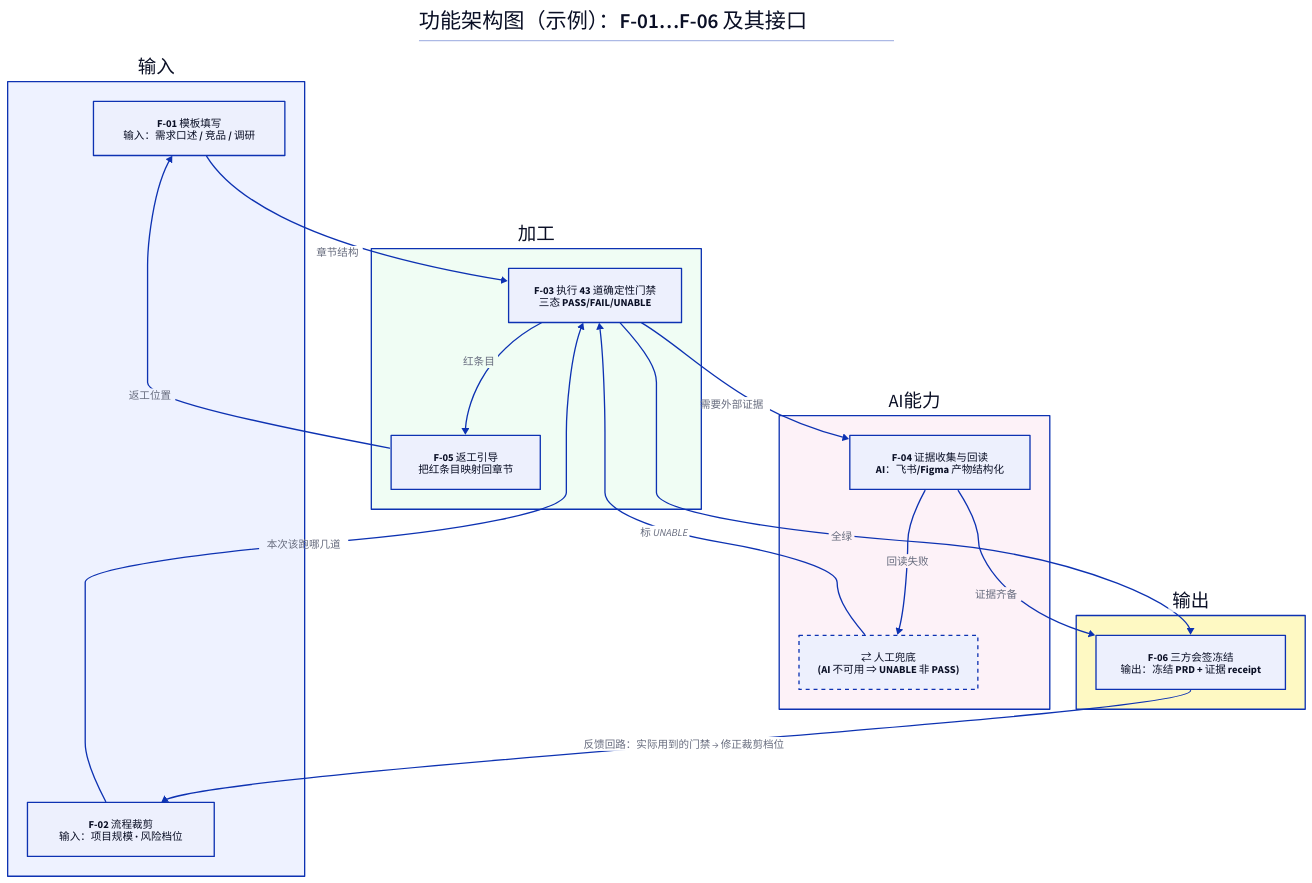
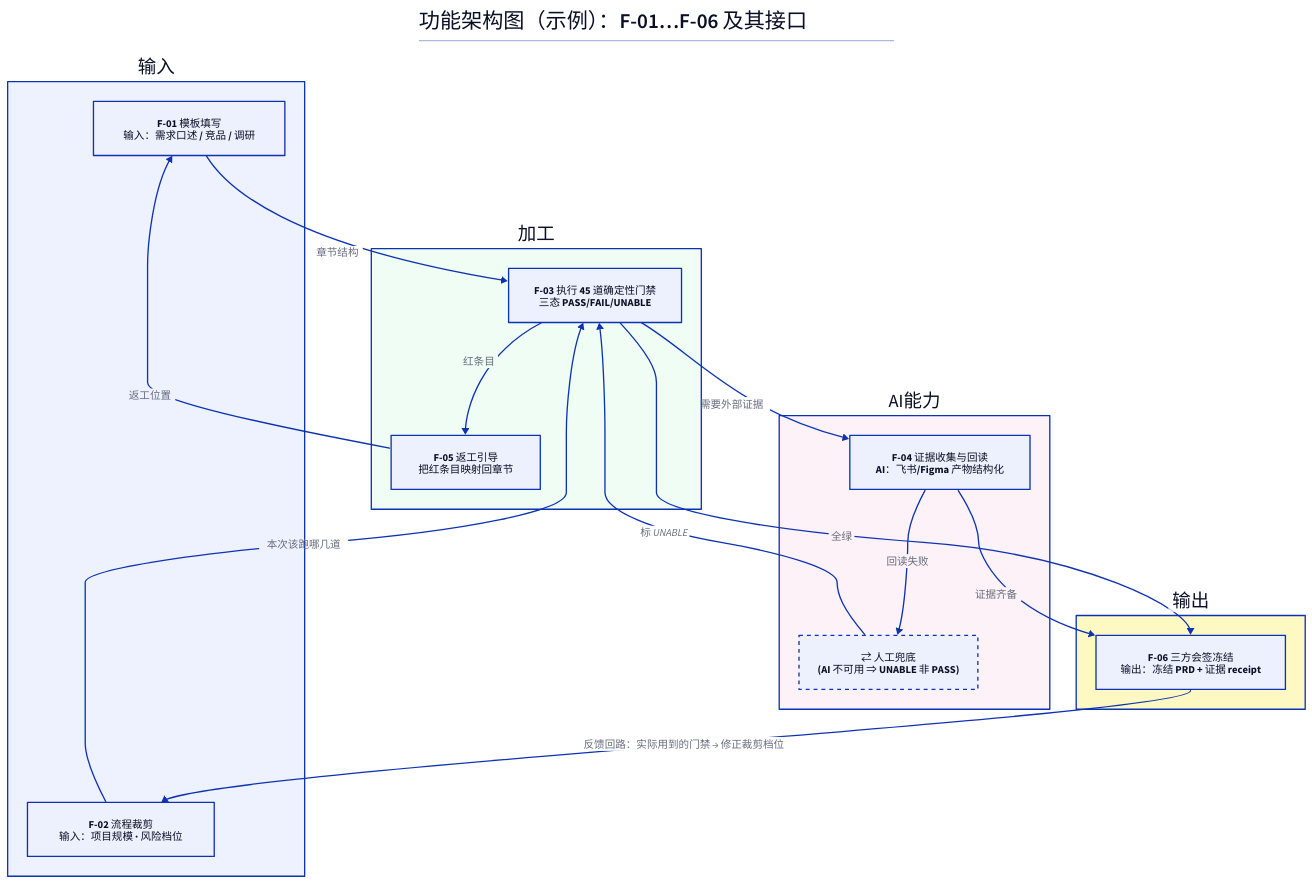
Before and after one commit to songyang753-cloud/sybuilder: the diagram in skills/product-flow/templates/diagrams/functional-architecture.example.d2, drawn with D2. The commit also changed 171 other files, not shown here.

```diff
--- a/skills/product-flow/templates/diagrams/functional-architecture.example.d2
+++ b/skills/product-flow/templates/diagrams/functional-architecture.example.d2
@@ -1,47 +1,47 @@
 # 功能架构图（示例）— 对象：product-flow，对应 PRD 6.2 功能清单
 # 判据见 references/diagram-standards.md 第 2 节（SEBoK 功能架构六项）。
 # ⛔ 节点 ID 只能是 F-xx 一族 —— 混进 FR-001（附件 A 的细一层）即颗粒度越级，门禁会红。
 # ⚠️ 它不是「功能结构图/功能清单」：清单是树，功能架构图必须画**功能之间的接口与数据流**。
 
 direction: down
 title: |md # 功能架构图（示例）：F-01…F-06 及其接口 | {near: top-center}
 
 输入: {
   style.fill: "#EEF2FF"
   F-01: "F-01 模板填写\n输入：需求口述 / 竞品 / 调研"
   F-02: "F-02 流程裁剪\n输入：项目规模 · 风险档位"
 }
 
 加工: {
   style.fill: "#F0FDF4"
-  F-03: "F-03 执行 43 道确定性门禁\n三态 PASS/FAIL/UNABLE"
+  F-03: "F-03 执行 45 道确定性门禁\n三态 PASS/FAIL/UNABLE"
   F-05: "F-05 返工引导\n把红条目映射回章节"
 }
 
 # ⭐ AI 追加档（团队约定，标准无规定）：AI 参与的功能要显式画出
 #   「推理」与「兜底」两条路径，⛔ 不许只画推理那条。
 AI能力: {
   style.fill: "#FDF2F8"
   F-04: "F-04 证据收集与回读\nAI：飞书/Figma 产物结构化"
   兜底: "⇄ 人工兜底\n(AI 不可用 ⇒ UNABLE 非 PASS)" {style.stroke-dash: 3}
 }
 
 输出: {
   style.fill: "#FEF9C3"
   F-06: "F-06 三方会签冻结\n输出：冻结 PRD + 证据 receipt"
 }
 
 输入.F-01 -> 加工.F-03: 章节结构
 输入.F-02 -> 加工.F-03: 本次该跑哪几道
 加工.F-03 -> 加工.F-05: 红条目
 加工.F-05 -> 输入.F-01: 返工位置
 加工.F-03 -> AI能力.F-04: 需要外部证据
 AI能力.F-04 -> AI能力.兜底: 回读失败
 AI能力.兜底 -> 加工.F-03: 标 UNABLE
 AI能力.F-04 -> 输出.F-06: 证据齐备
 加工.F-03 -> 输出.F-06: 全绿
 # ⭐ 反馈回路（SEBoK 六项里最常漏的一项）：冻结结论要回流去修裁剪规则
 输出.F-06 -> 输入.F-02: "反馈回路：实际用到的门禁 → 修正裁剪档位"
 
 # ⚠️ 这张图答不了：这些功能部署在哪几个进程/服务里（那是附件 N 技术架构图 C4 的事）、
 #    用户按什么顺序碰到它们（那是四章用户流程图的事）。
```
